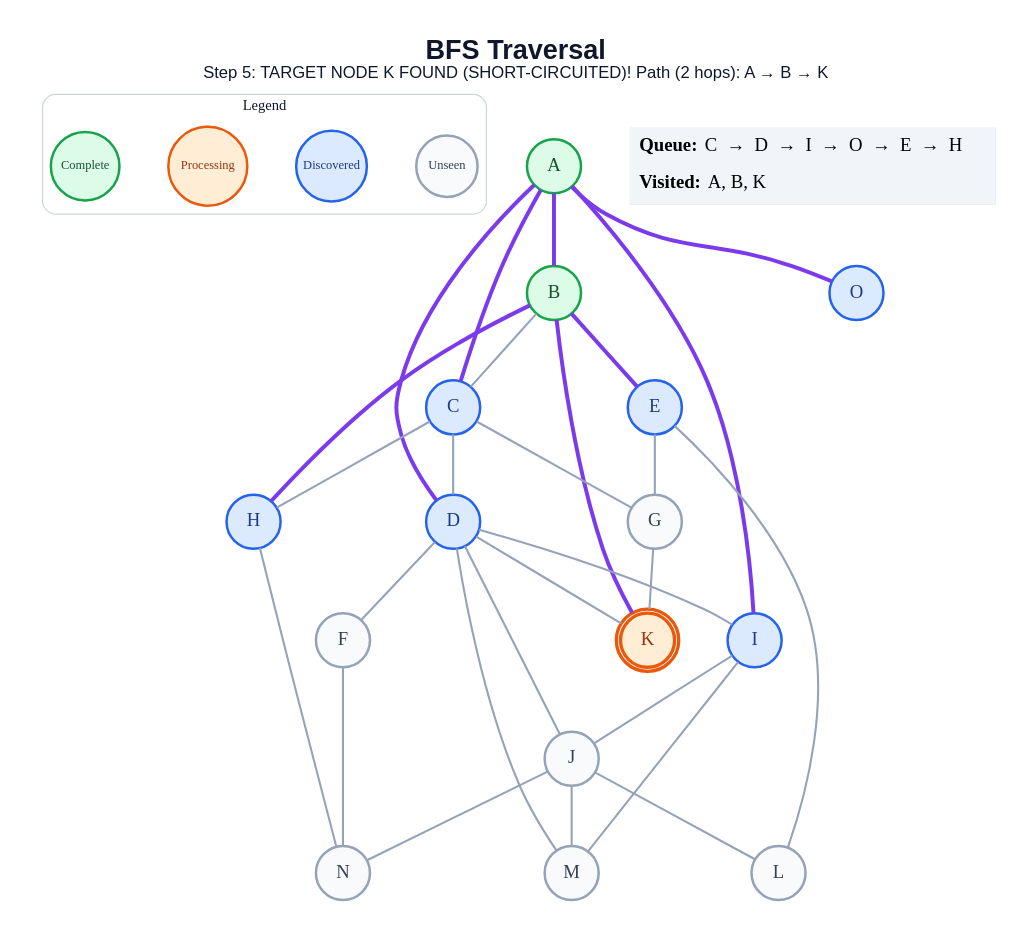
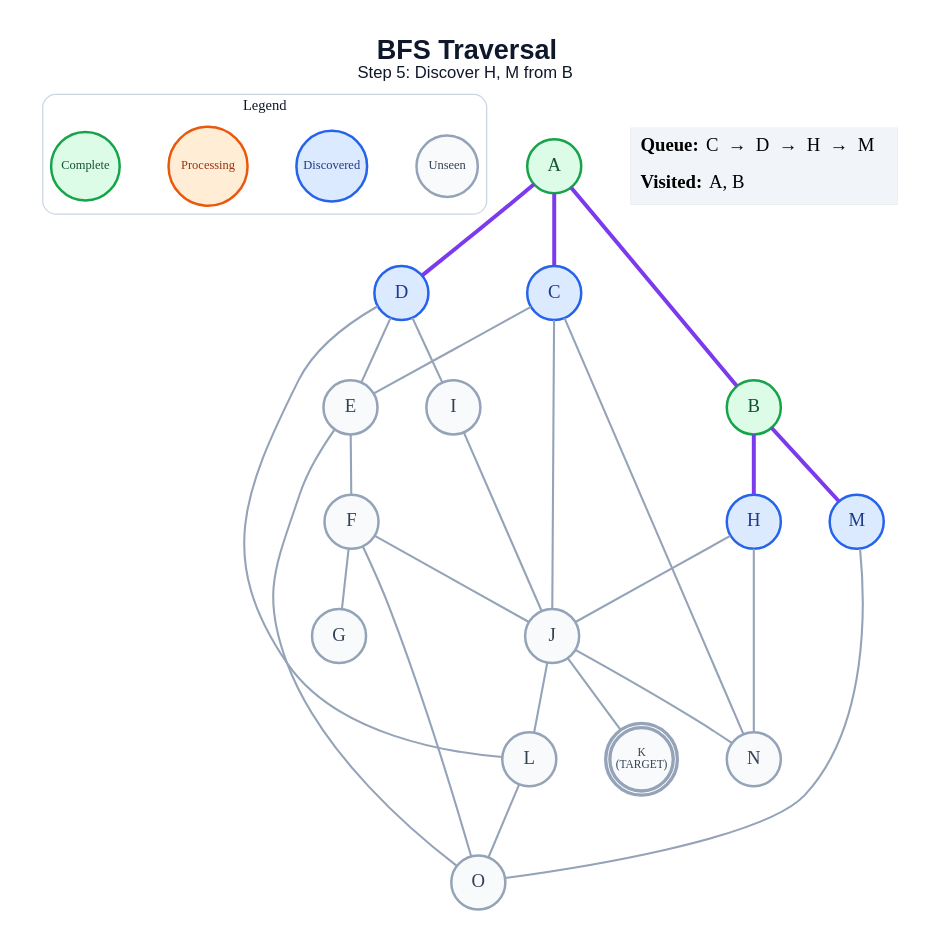
Before and after one commit to anon7238593-create/ai-slop: the diagram in generated/short-circuit/bfs/step_05.dot, drawn with Graphviz. The commit also changed 272 other files, not shown here.

```diff
--- a/generated/short-circuit/bfs/step_05.dot
+++ b/generated/short-circuit/bfs/step_05.dot
@@ -1,61 +1,58 @@
 graph traversal {
   graph [layout=dot, rankdir=TB, bgcolor="#FFFFFF", pad="0.35", nodesep="0.65", ranksep="0.8", fontname="Arial"];
   node [shape=circle, style="filled", fontname="Arial Bold", fontsize=18, width=0.72, fixedsize=true, penwidth=2.4];
   edge [color="#94A3B8", penwidth=2.0];
-  label=<<B>BFS Traversal</B><BR/><FONT POINT-SIZE="16">Step 5: TARGET NODE K FOUND (SHORT-CIRCUITED)! Path (2 hops): A → B → K</FONT>>; labelloc="t"; fontsize=26; fontname="Arial"; fontcolor="#0F172A";
+  label=<<B>BFS Traversal</B><BR/><FONT POINT-SIZE="16">Step 5: Discover H, M from B</FONT>>; labelloc="t"; fontsize=26; fontname="Arial"; fontcolor="#0F172A";
   subgraph cluster_legend { label="Legend"; color="#CBD5E1"; penwidth=1.2; style="rounded"; fontsize=14; fontname="Arial Bold";
     key_unseen [label="Unseen", fillcolor="#F8FAFC", color="#94A3B8", fontcolor="#334155", fontsize=12, width=0.82];
     key_frontier [label="Discovered", fillcolor="#DBEAFE", color="#2563EB", fontcolor="#1E3A8A", fontsize=12, width=0.95];
     key_current [label="Processing", fillcolor="#FFEDD5", color="#EA580C", fontcolor="#9A3412", fontsize=12, width=1.05];
     key_done [label="Complete", fillcolor="#DCFCE7", color="#16A34A", fontcolor="#14532D", fontsize=12, width=0.92];
     { rank=same; key_unseen; key_frontier; key_current; key_done; }
   }
   A [label="A", fillcolor="#DCFCE7", color="#16A34A", fontcolor="#14532D", peripheries=1, penwidth=2.4];
   B [label="B", fillcolor="#DCFCE7", color="#16A34A", fontcolor="#14532D", peripheries=1, penwidth=2.4];
   C [label="C", fillcolor="#DBEAFE", color="#2563EB", fontcolor="#1E3A8A", peripheries=1, penwidth=2.4];
   D [label="D", fillcolor="#DBEAFE", color="#2563EB", fontcolor="#1E3A8A", peripheries=1, penwidth=2.4];
-  E [label="E", fillcolor="#DBEAFE", color="#2563EB", fontcolor="#1E3A8A", peripheries=1, penwidth=2.4];
+  E [label="E", fillcolor="#F8FAFC", color="#94A3B8", fontcolor="#334155", peripheries=1, penwidth=2.4];
   F [label="F", fillcolor="#F8FAFC", color="#94A3B8", fontcolor="#334155", peripheries=1, penwidth=2.4];
   G [label="G", fillcolor="#F8FAFC", color="#94A3B8", fontcolor="#334155", peripheries=1, penwidth=2.4];
   H [label="H", fillcolor="#DBEAFE", color="#2563EB", fontcolor="#1E3A8A", peripheries=1, penwidth=2.4];
-  I [label="I", fillcolor="#DBEAFE", color="#2563EB", fontcolor="#1E3A8A", peripheries=1, penwidth=2.4];
+  I [label="I", fillcolor="#F8FAFC", color="#94A3B8", fontcolor="#334155", peripheries=1, penwidth=2.4];
   J [label="J", fillcolor="#F8FAFC", color="#94A3B8", fontcolor="#334155", peripheries=1, penwidth=2.4];
-  K [label="K", fillcolor="#FFEDD5", color="#EA580C", fontcolor="#9A3412", peripheries=2, penwidth=3.2];
+  K [label="K\n(TARGET)", fillcolor="#F8FAFC", color="#94A3B8", fontcolor="#334155", peripheries=2, penwidth=3.2, fontsize=11, width=0.85, height=0.85];
   L [label="L", fillcolor="#F8FAFC", color="#94A3B8", fontcolor="#334155", peripheries=1, penwidth=2.4];
-  M [label="M", fillcolor="#F8FAFC", color="#94A3B8", fontcolor="#334155", peripheries=1, penwidth=2.4];
+  M [label="M", fillcolor="#DBEAFE", color="#2563EB", fontcolor="#1E3A8A", peripheries=1, penwidth=2.4];
   N [label="N", fillcolor="#F8FAFC", color="#94A3B8", fontcolor="#334155", peripheries=1, penwidth=2.4];
-  O [label="O", fillcolor="#DBEAFE", color="#2563EB", fontcolor="#1E3A8A", peripheries=1, penwidth=2.4];
+  O [label="O", fillcolor="#F8FAFC", color="#94A3B8", fontcolor="#334155", peripheries=1, penwidth=2.4];
   A -- B [color="#7C3AED", penwidth=3.8];
   A -- C [color="#7C3AED", penwidth=3.8];
   A -- D [color="#7C3AED", penwidth=3.8];
-  A -- I [color="#7C3AED", penwidth=3.8];
-  A -- O [color="#7C3AED", penwidth=3.8];
-  B -- C;
-  B -- E [color="#7C3AED", penwidth=3.8];
   B -- H [color="#7C3AED", penwidth=3.8];
-  B -- K [color="#7C3AED", penwidth=3.8];
-  C -- D;
-  C -- G;
-  C -- H;
-  D -- F;
+  B -- M [color="#7C3AED", penwidth=3.8];
+  C -- E;
+  C -- J;
+  C -- N;
+  D -- E;
   D -- I;
-  D -- J;
-  D -- K;
-  D -- M;
-  E -- G;
-  E -- L;
-  F -- N;
-  G -- K;
+  D -- L;
+  E -- F;
+  E -- O;
+  F -- G;
+  F -- J;
+  F -- O;
+  H -- J;
   H -- N;
   I -- J;
-  I -- M;
+  J -- K;
   J -- L;
-  J -- M;
   J -- N;
+  L -- O;
+  M -- O;
   status [shape=plain, fixedsize=false, width=0, height=0, margin=0, label=<
     <TABLE BORDER="0" CELLBORDER="0" CELLPADDING="7" BGCOLOR="#F1F5F9">
-      <TR><TD ALIGN="LEFT"><B>Queue:</B> C  →  D  →  I  →  O  →  E  →  H</TD></TR>
-      <TR><TD ALIGN="LEFT"><B>Visited:</B> A, B, K</TD></TR>
+      <TR><TD ALIGN="LEFT"><B>Queue:</B> C  →  D  →  H  →  M</TD></TR>
+      <TR><TD ALIGN="LEFT"><B>Visited:</B> A, B</TD></TR>
     </TABLE>
   >];
 }
```
